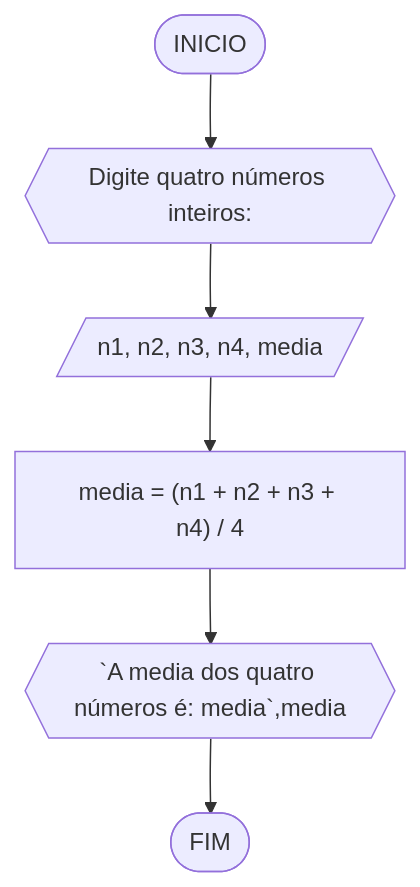
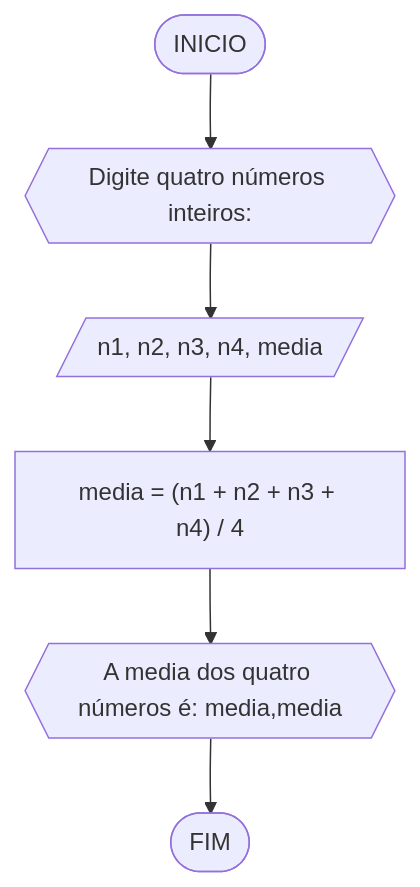
Before and after one commit to AlissonFT2/unifor: the second of 5 diagrams in RLA/unidade1/lista2.md, drawn with Mermaid. The commit also changed other lines of this file, not shown here.

````diff
--- a/RLA/unidade1/lista2.md
+++ b/RLA/unidade1/lista2.md
@@ -12,10 +56,8 @@
 ```mermaid
 flowchart TD
 A([INICIO]) --> B{{Digite quatro números inteiros: }} 
 B --> C[/n1, n2, n3, n4, media/]
 C --> E["media = (n1 + n2 + n3 + n4) / 4"]
-E --> F{{`A media dos quatro números é: media`,media}}
+E --> F{{A media dos quatro números é: media,media}}
 F --> G([FIM])
-
-
 ```
````
